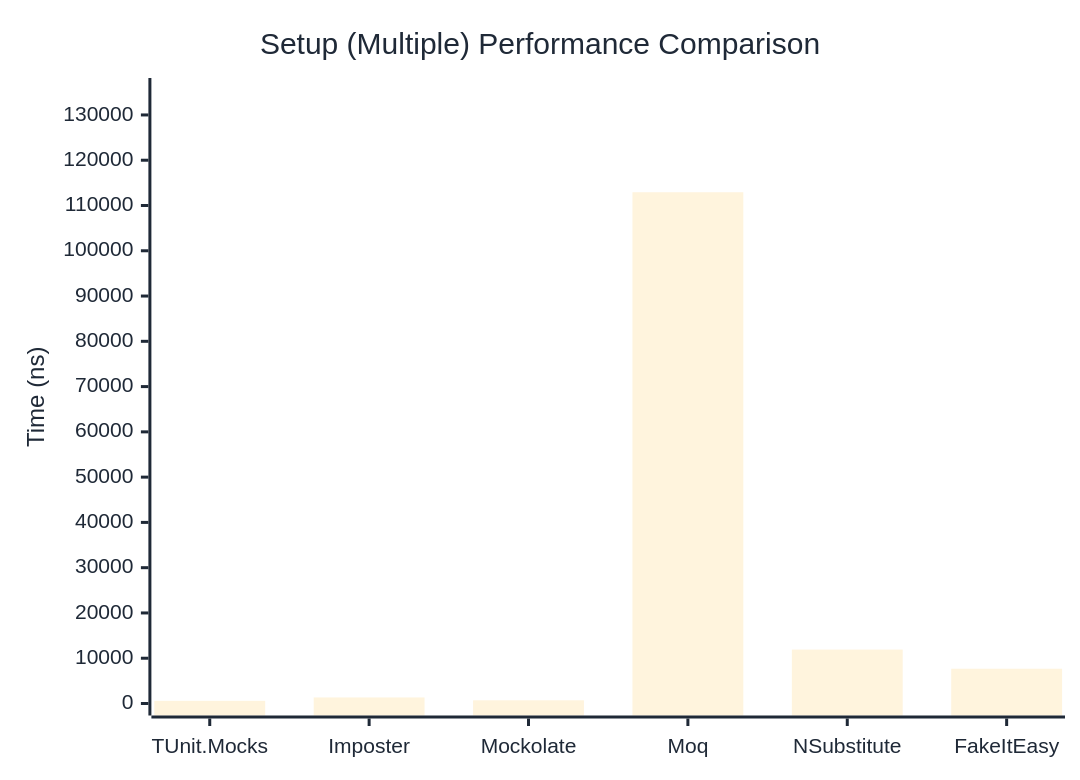
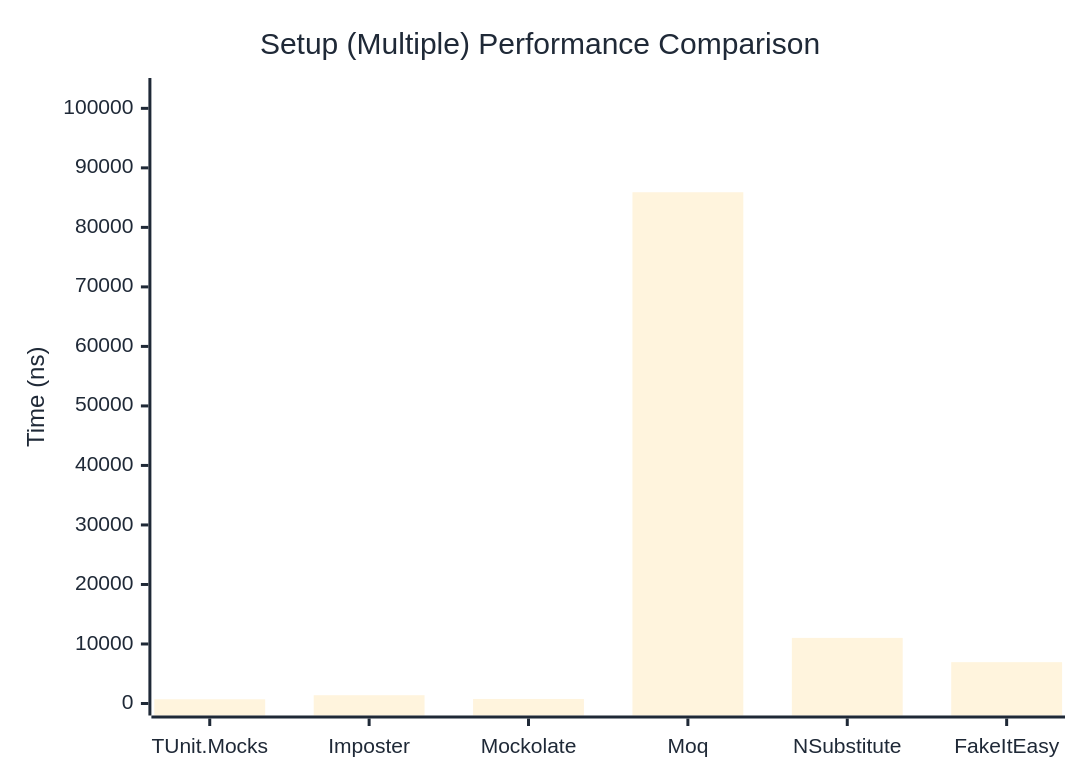
One commit to thomhurst/TUnit changed the second of 2 diagrams in docs/docs/benchmarks/mocks/Setup.md. Above: the diagram before and after it, drawn with Mermaid. The commit also changed other lines of this file and 14 other files, not shown here.

````diff
--- a/docs/docs/benchmarks/mocks/Setup.md
+++ b/docs/docs/benchmarks/mocks/Setup.md
@@ -69,27 +69,27 @@
 ```mermaid
 %%{init: {
   'theme':'base',
   'themeVariables': {
     'primaryColor': '#2563eb',
     'primaryTextColor': '#1f2937',
     'primaryBorderColor': '#1e40af',
     'lineColor': '#6b7280',
     'secondaryColor': '#7c3aed',
     'tertiaryColor': '#dc2626',
     'background': '#ffffff',
     'pie1': '#2563eb',
     'pie2': '#7c3aed',
     'pie3': '#dc2626',
     'pie4': '#f59e0b',
     'pie5': '#10b981',
     'pie6': '#06b6d4',
     'pie7': '#ec4899',
     'pie8': '#6366f1'
   }
 }}%%
 xychart-beta
   title "Setup (Multiple) Performance Comparison"
   x-axis ["TUnit.Mocks", "Imposter", "Mockolate", "Moq", "NSubstitute", "FakeItEasy"]
-  y-axis "Time (ns)" 0 --> 135511
-  bar [586.1, 1339, 706.7, 112925.5, 11909.3, 7678.7]
+  y-axis "Time (ns)" 0 --> 103083
+  bar [710.2, 1393.5, 760.9, 85902.3, 11020.8, 6944.1]
 ```
````
